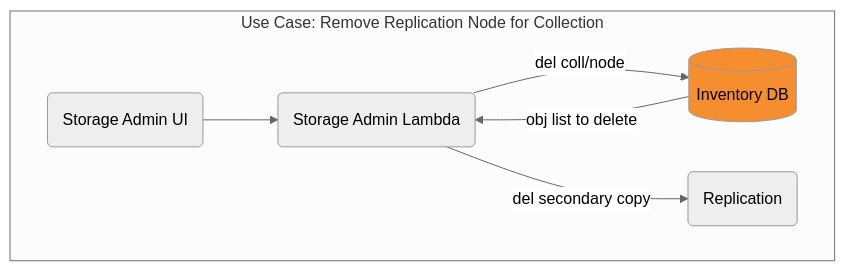
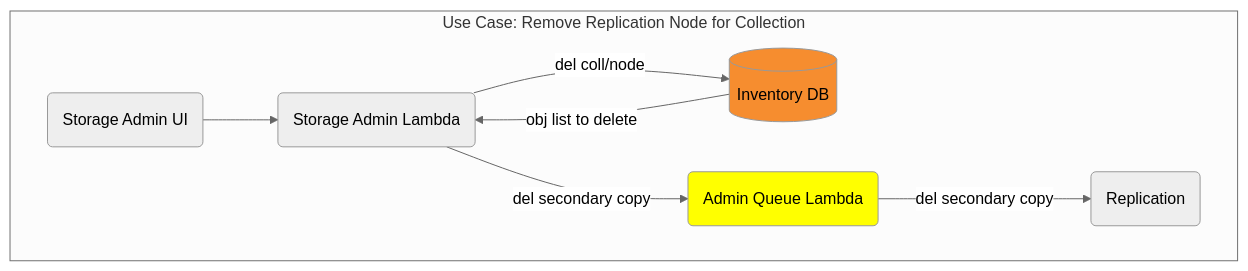
The diagram in diagrams/store-admin-del-node.mmd (CDLUC3/mrt-doc), drawn with Mermaid before and after one commit. The commit also changed other lines of this file and 16 other files, not shown here.

Commit message:
Update diagrams and table details

```diff
--- a/diagrams/store-admin-del-node.mmd
+++ b/diagrams/store-admin-del-node.mmd
@@ -1,15 +1,18 @@
 %%{init: {'theme': 'neutral', 'securityLevel': 'loose'}}%%
 graph TD
   SAUI("Storage Admin UI")
   SA("Storage Admin Lambda")
+  AQL("Admin Queue Lambda")
   RDS[(Inventory DB)]
   REPLIC(Replication)
 
   subgraph "Use Case: Remove Replication Node for Collection"
     SAUI-->SA
     SA-->|"del coll/node"|RDS
     RDS-->|"obj list to delete"|SA
-    SA-->|"del secondary copy"|REPLIC
+    SA-->|"del secondary copy"|AQL
+    AQL-->|"del secondary copy"|REPLIC
   end
 
   style RDS fill:#F68D2F
+  style AQL fill:yellow
```
